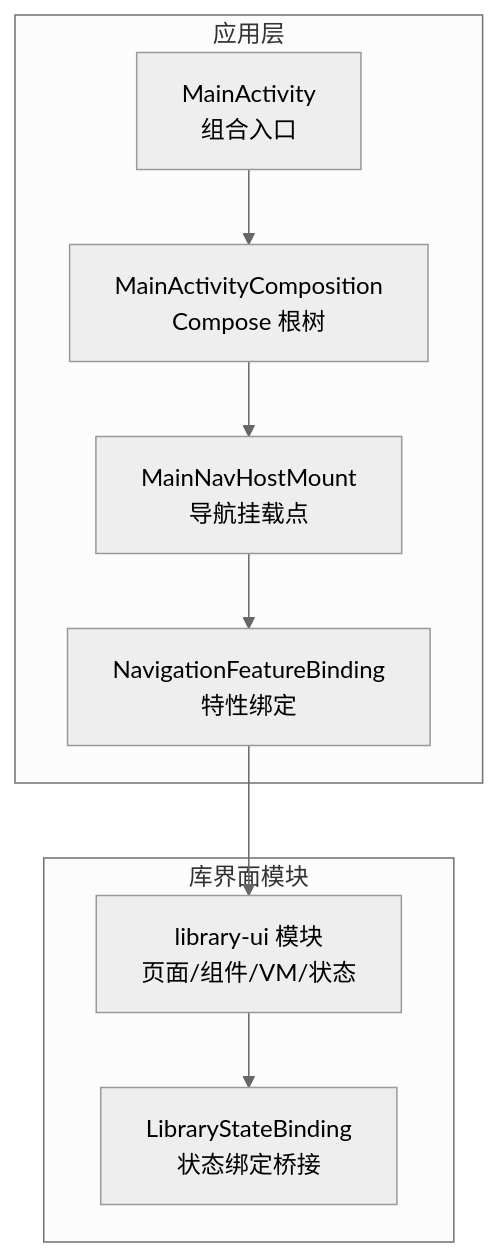
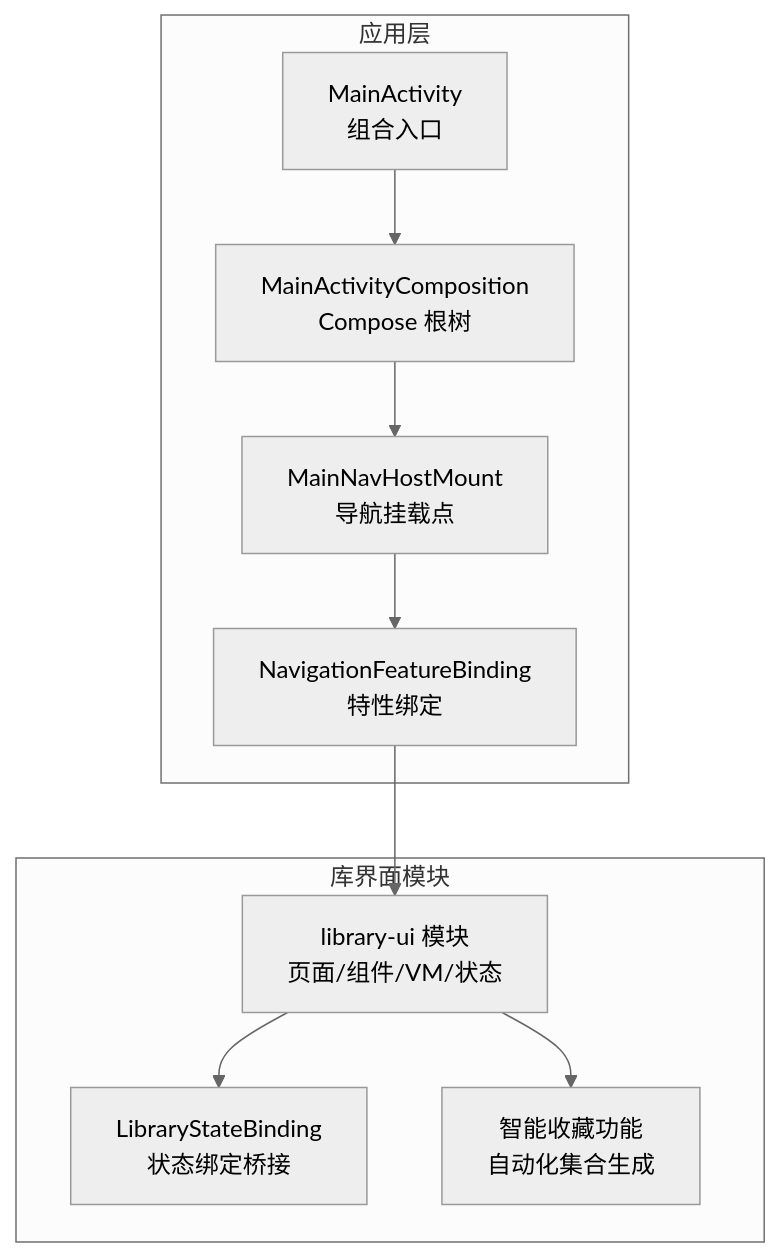
The first of 11 diagrams in .qoder/repowiki/zh/content/架构设计/模块化设计/功能特性模块/音乐库界面模块 (feature_library-ui).md (ysyhlly/Yukine-android), drawn with Mermaid (neutral theme) before and after one commit. The commit also changed other lines of this file and 158 other files, not shown here.

````diff
--- a/.qoder/repowiki/zh/content/架构设计/模块化设计/功能特性模块/音乐库界面模块 (feature_library-ui).md
+++ b/.qoder/repowiki/zh/content/架构设计/模块化设计/功能特性模块/音乐库界面模块 (feature_library-ui).md
@@ -55,15 +64,17 @@
 ```mermaid
 graph TB
 subgraph "应用层"
 A["MainActivity<br/>组合入口"]
 B["MainActivityComposition<br/>Compose 根树"]
 C["MainNavHostMount<br/>导航挂载点"]
 D["NavigationFeatureBinding<br/>特性绑定"]
 end
 subgraph "库界面模块"
 E["library-ui 模块<br/>页面/组件/VM/状态"]
 F["LibraryStateBinding<br/>状态绑定桥接"]
+G["智能收藏功能<br/>自动化集合生成"]
 end
 A --> B --> C --> D --> E
 E --> F
+E --> G
 ```
````
